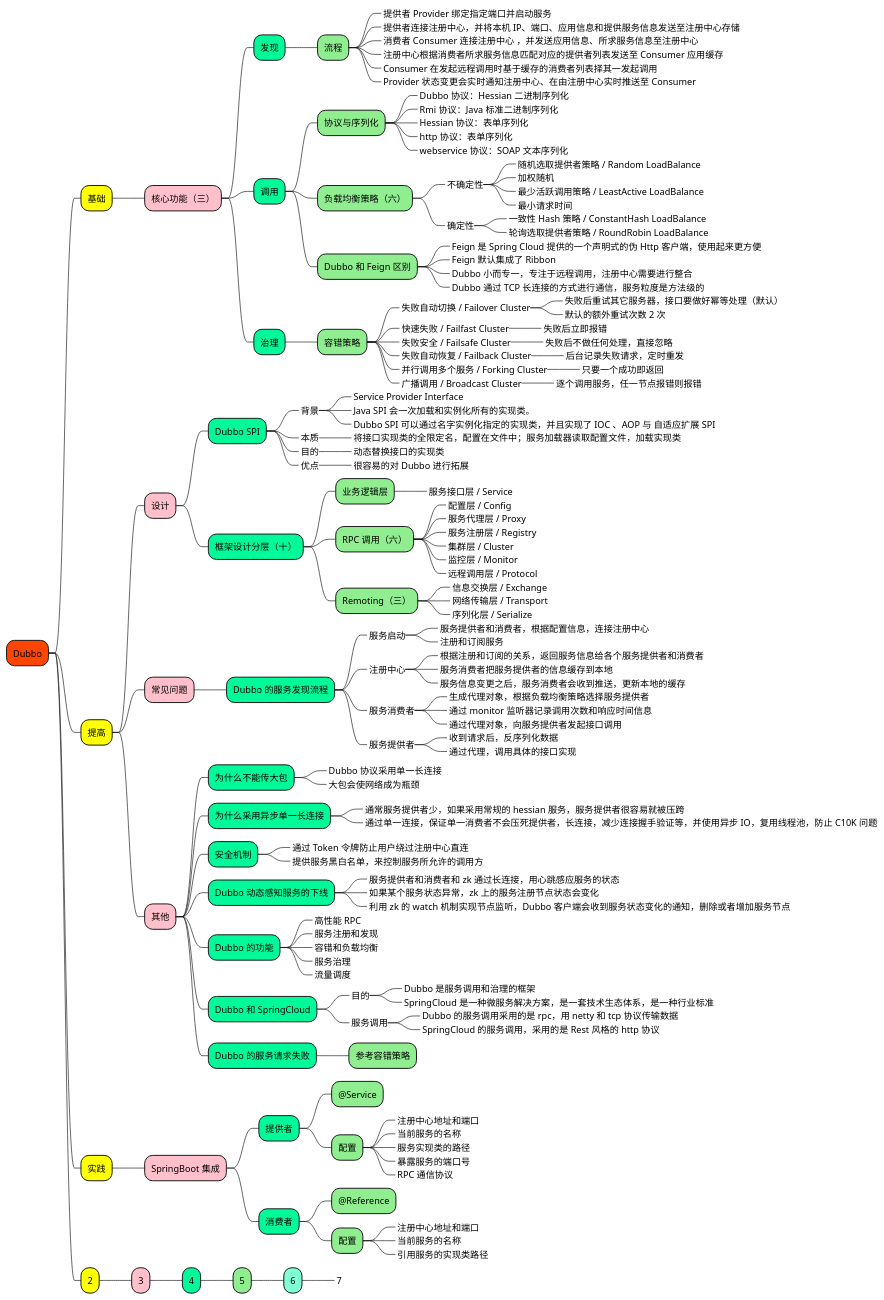
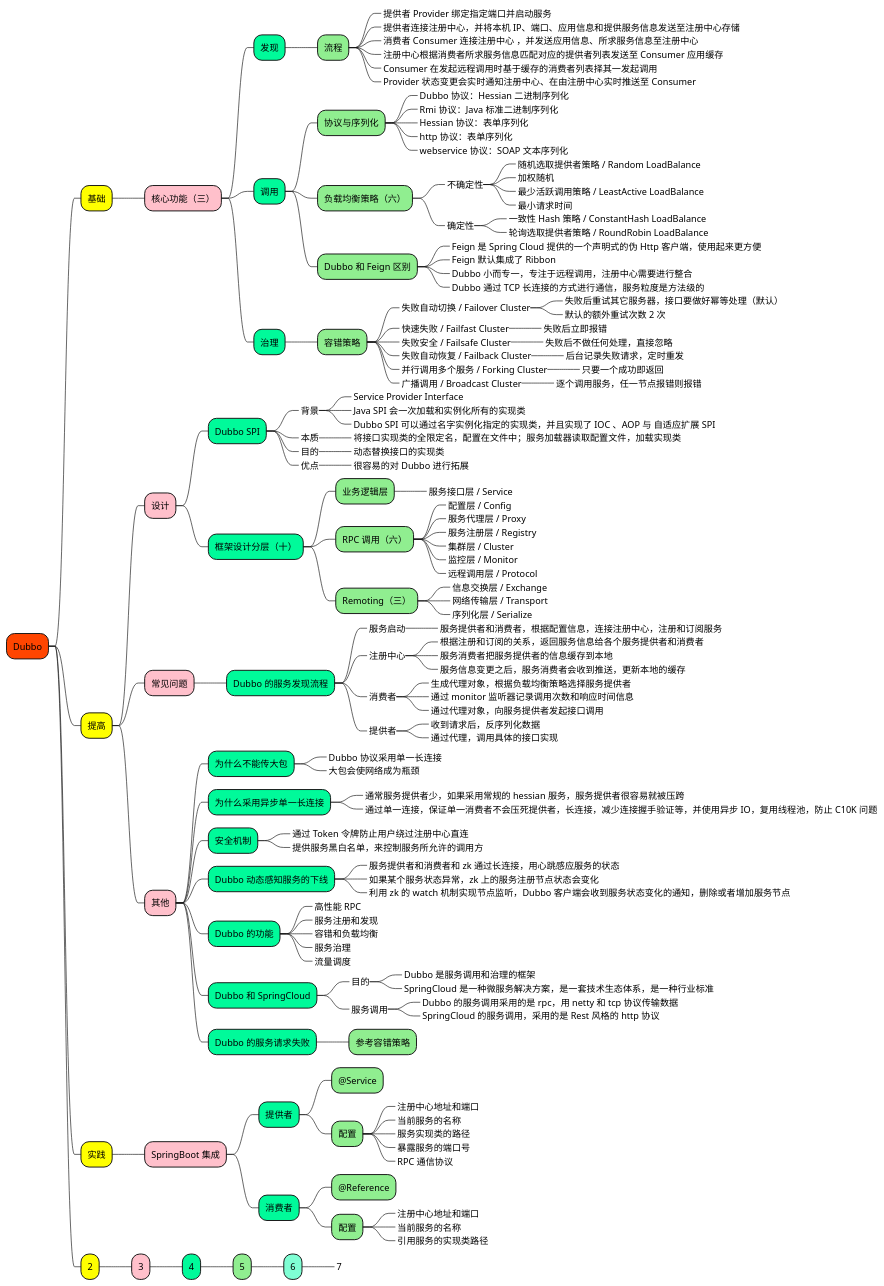
The diagram in 1_map/2-framework/Dubbo.puml (doveg/self-cultivation-of-a-software-engineer), drawn with PlantUML before and after one commit. The commit also changed 8 other files, not shown here.

```diff
--- a/1_map/2-framework/Dubbo.puml
+++ b/1_map/2-framework/Dubbo.puml
@@ -1,184 +1,183 @@
 @startmindmap
 
 +[#OrangeRed] Dubbo
 
 ++[#yellow] 基础
 
 +++[#Pink] 核心功能（三）
 
 ++++[#MediumSpringGreen] 发现
 
 +++++[#LightGreen] 流程
 ++++++[#Aquamarine]_ 提供者 Provider 绑定指定端口并启动服务
 ++++++[#Aquamarine]_ 提供者连接注册中心，并将本机 IP、端口、应用信息和提供服务信息发送至注册中心存储
 ++++++[#Aquamarine]_ 消费者 Consumer 连接注册中心 ，并发送应用信息、所求服务信息至注册中心
 ++++++[#Aquamarine]_ 注册中心根据消费者所求服务信息匹配对应的提供者列表发送至 Consumer 应用缓存
 ++++++[#Aquamarine]_ Consumer 在发起远程调用时基于缓存的消费者列表择其一发起调用
 ++++++[#Aquamarine]_ Provider 状态变更会实时通知注册中心、在由注册中心实时推送至 Consumer
 
 ++++[#MediumSpringGreen] 调用
 
 +++++[#LightGreen] 协议与序列化
 ++++++[#Aquamarine]_ Dubbo 协议：Hessian 二进制序列化
 ++++++[#Aquamarine]_ Rmi 协议：Java 标准二进制序列化
 ++++++[#Aquamarine]_ Hessian 协议：表单序列化
 ++++++[#Aquamarine]_ http 协议：表单序列化
 ++++++[#Aquamarine]_ webservice 协议：SOAP 文本序列化
 
 +++++[#LightGreen] 负载均衡策略（六）
 ++++++[#Aquamarine]_ 不确定性
 +++++++[#Aquamarine]_ 随机选取提供者策略 / Random LoadBalance
 +++++++[#Aquamarine]_ 加权随机
 +++++++[#Aquamarine]_ 最少活跃调用策略 / LeastActive LoadBalance
 +++++++[#Aquamarine]_ 最小请求时间
 ++++++[#Aquamarine]_ 确定性
 +++++++[#Aquamarine]_ 一致性 Hash 策略 / ConstantHash LoadBalance
 +++++++[#Aquamarine]_ 轮询选取提供者策略 / RoundRobin LoadBalance
 
 +++++[#LightGreen] Dubbo 和 Feign 区别
 ++++++[#Aquamarine]_ Feign 是 Spring Cloud 提供的一个声明式的伪 Http 客户端，使用起来更方便
 ++++++[#Aquamarine]_ Feign 默认集成了 Ribbon
 ++++++[#Aquamarine]_ Dubbo 小而专一，专注于远程调用，注册中心需要进行整合
 ++++++[#Aquamarine]_ Dubbo 通过 TCP 长连接的方式进行通信，服务粒度是方法级的
 
 ++++[#MediumSpringGreen] 治理
 
 +++++[#LightGreen] 容错策略
 ++++++[#Aquamarine]_ 失败自动切换 / Failover Cluster
 +++++++[#Aquamarine]_ 失败后重试其它服务器，接口要做好幂等处理（默认）
 +++++++[#Aquamarine]_ 默认的额外重试次数 2 次
 ++++++[#Aquamarine]_ 快速失败 / Failfast Cluster
 +++++++[#Aquamarine]_ 失败后立即报错
 ++++++[#Aquamarine]_ 失败安全 / Failsafe Cluster
 +++++++[#Aquamarine]_ 失败后不做任何处理，直接忽略
 ++++++[#Aquamarine]_ 失败自动恢复 / Failback Cluster
 +++++++[#Aquamarine]_ 后台记录失败请求，定时重发
 ++++++[#Aquamarine]_ 并行调用多个服务 / Forking Cluster
 +++++++[#Aquamarine]_ 只要一个成功即返回
 ++++++[#Aquamarine]_ 广播调用 / Broadcast Cluster
 +++++++[#Aquamarine]_ 逐个调用服务，任一节点报错则报错
 
 
 
 ++[#yellow] 提高
 
 +++[#Pink] 设计
 
 ++++[#MediumSpringGreen] Dubbo SPI
 +++++[#LightGreen]_ 背景
 ++++++[#Aquamarine]_ Service Provider Interface
-++++++[#Aquamarine]_ Java SPI 会一次加载和实例化所有的实现类。
+++++++[#Aquamarine]_ Java SPI 会一次加载和实例化所有的实现类
 ++++++[#Aquamarine]_ Dubbo SPI 可以通过名字实例化指定的实现类，并且实现了 IOC 、AOP 与 自适应扩展 SPI
 +++++[#LightGreen]_ 本质
 ++++++[#Aquamarine]_ 将接口实现类的全限定名，配置在文件中；服务加载器读取配置文件，加载实现类
 +++++[#LightGreen]_ 目的
 ++++++[#Aquamarine]_ 动态替换接口的实现类
 +++++[#LightGreen]_ 优点
 ++++++[#Aquamarine]_ 很容易的对 Dubbo 进行拓展
 
 ++++[#MediumSpringGreen] 框架设计分层（十）
 +++++[#LightGreen] 业务逻辑层
 ++++++[#Aquamarine]_ 服务接口层 / Service
 +++++[#LightGreen] RPC 调用（六）
 ++++++[#Aquamarine]_ 配置层 / Config
 ++++++[#Aquamarine]_ 服务代理层 / Proxy
 ++++++[#Aquamarine]_ 服务注册层 / Registry
 ++++++[#Aquamarine]_ 集群层 / Cluster
 ++++++[#Aquamarine]_ 监控层 / Monitor
 ++++++[#Aquamarine]_ 远程调用层 / Protocol
 +++++[#LightGreen] Remoting（三）
 ++++++[#Aquamarine]_ 信息交换层 / Exchange
 ++++++[#Aquamarine]_ 网络传输层 / Transport
 ++++++[#Aquamarine]_ 序列化层 / Serialize
 
 
 +++[#Pink] 常见问题
 
 ++++[#MediumSpringGreen] Dubbo 的服务发现流程
 +++++[#LightGreen]_ 服务启动
-++++++[#Aquamarine]_ 服务提供者和消费者，根据配置信息，连接注册中心
-++++++[#Aquamarine]_ 注册和订阅服务
+++++++[#Aquamarine]_ 服务提供者和消费者，根据配置信息，连接注册中心，注册和订阅服务
 +++++[#LightGreen]_ 注册中心
 ++++++[#Aquamarine]_ 根据注册和订阅的关系，返回服务信息给各个服务提供者和消费者
 ++++++[#Aquamarine]_ 服务消费者把服务提供者的信息缓存到本地
 ++++++[#Aquamarine]_ 服务信息变更之后，服务消费者会收到推送，更新本地的缓存
-+++++[#LightGreen]_ 服务消费者
++++++[#LightGreen]_ 消费者
 ++++++[#Aquamarine]_ 生成代理对象，根据负载均衡策略选择服务提供者
 ++++++[#Aquamarine]_ 通过 monitor 监听器记录调用次数和响应时间信息
 ++++++[#Aquamarine]_ 通过代理对象，向服务提供者发起接口调用
-+++++[#LightGreen]_ 服务提供者
++++++[#LightGreen]_ 提供者
 ++++++[#Aquamarine]_ 收到请求后，反序列化数据
 ++++++[#Aquamarine]_ 通过代理，调用具体的接口实现
 
 
 +++[#Pink] 其他
 
 ++++[#MediumSpringGreen] 为什么不能传大包
 +++++[#LightGreen]_ Dubbo 协议采用单一长连接
 +++++[#LightGreen]_ 大包会使网络成为瓶颈
 ++++[#MediumSpringGreen] 为什么采用异步单一长连接
 +++++[#LightGreen]_ 通常服务提供者少，如果采用常规的 hessian 服务，服务提供者很容易就被压跨
 +++++[#LightGreen]_ 通过单一连接，保证单一消费者不会压死提供者，长连接，减少连接握手验证等，并使用异步 IO，复用线程池，防止 C10K 问题
 
 ++++[#MediumSpringGreen] 安全机制
 +++++[#LightGreen]_ 通过 Token 令牌防止用户绕过注册中心直连
 +++++[#LightGreen]_ 提供服务黑白名单，来控制服务所允许的调用方
 
 ++++[#MediumSpringGreen] Dubbo 动态感知服务的下线
 +++++[#LightGreen]_ 服务提供者和消费者和 zk 通过长连接，用心跳感应服务的状态
 +++++[#LightGreen]_ 如果某个服务状态异常，zk 上的服务注册节点状态会变化
 +++++[#LightGreen]_ 利用 zk 的 watch 机制实现节点监听，Dubbo 客户端会收到服务状态变化的通知，删除或者增加服务节点
 
 ++++[#MediumSpringGreen] Dubbo 的功能
 +++++[#LightGreen]_ 高性能 RPC
 +++++[#LightGreen]_ 服务注册和发现
 +++++[#LightGreen]_ 容错和负载均衡
 +++++[#LightGreen]_ 服务治理
 +++++[#LightGreen]_ 流量调度
 
 ++++[#MediumSpringGreen] Dubbo 和 SpringCloud
 +++++[#LightGreen]_ 目的
 ++++++[#Aquamarine]_ Dubbo 是服务调用和治理的框架
 ++++++[#Aquamarine]_ SpringCloud 是一种微服务解决方案，是一套技术生态体系，是一种行业标准
 +++++[#LightGreen]_ 服务调用
 ++++++[#Aquamarine]_ Dubbo 的服务调用采用的是 rpc，用 netty 和 tcp 协议传输数据
 ++++++[#Aquamarine]_ SpringCloud 的服务调用，采用的是 Rest 风格的 http 协议
 
 ++++[#MediumSpringGreen] Dubbo 的服务请求失败
 +++++[#LightGreen] 参考容错策略
 
 
 ++[#yellow] 实践
 
 +++[#Pink] SpringBoot 集成
 
 ++++[#MediumSpringGreen] 提供者
 +++++[#LightGreen] @Service
 +++++[#LightGreen] 配置
 ++++++[#Aquamarine]_ 注册中心地址和端口
 ++++++[#Aquamarine]_ 当前服务的名称
 ++++++[#Aquamarine]_ 服务实现类的路径
 ++++++[#Aquamarine]_ 暴露服务的端口号
 ++++++[#Aquamarine]_ RPC 通信协议
 
 ++++[#MediumSpringGreen] 消费者
 +++++[#LightGreen] @Reference
 +++++[#LightGreen] 配置
 ++++++[#Aquamarine]_ 注册中心地址和端口
 ++++++[#Aquamarine]_ 当前服务的名称
 ++++++[#Aquamarine]_ 引用服务的实现类路径
 
 
 
 
 ++[#yellow] 2
 
 +++[#Pink] 3
 
 ++++[#MediumSpringGreen] 4
 +++++[#LightGreen] 5
 ++++++[#Aquamarine] 6
 +++++++[#Aquamarine]_ 7
 
 
 @endmindmap
```
